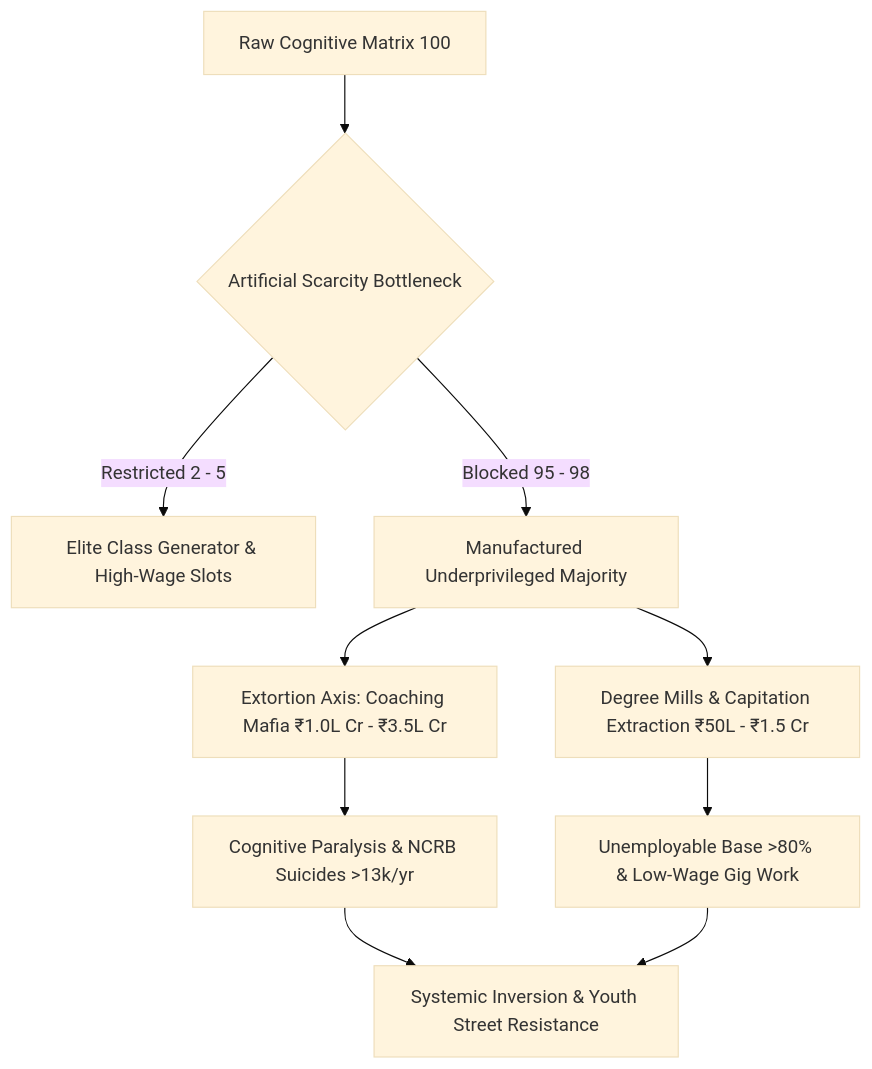
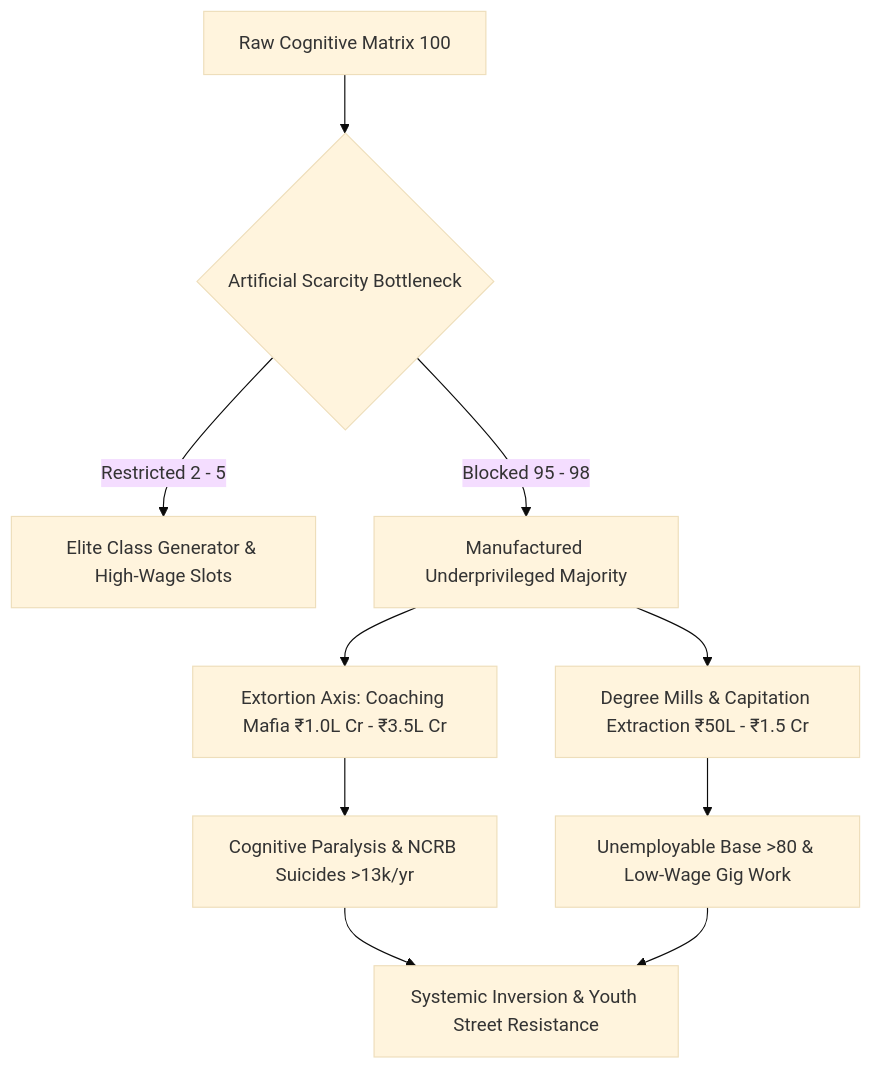
One commit to justicephysics/Nalanda changed the diagram in published/test_2.md. Above: the diagram before and after it, drawn with Mermaid (base theme).

````diff
--- a/published/test_2.md
+++ b/published/test_2.md
@@ -33,12 +33,12 @@
 ```mermaid
 graph TD
     A[Raw Cognitive Matrix 100] --> B{Artificial Scarcity Bottleneck}
     B -->|Restricted 2 - 5| C[Elite Class Generator & High-Wage Slots]
     B -->|Blocked 95 - 98| D[Manufactured Underprivileged Majority]
     D --> E[Extortion Axis: Coaching Mafia ₹1.0L Cr - ₹3.5L Cr]
     D --> F[Degree Mills & Capitation Extraction ₹50L - ₹1.5 Cr]
     E --> G[Cognitive Paralysis & NCRB Suicides >13k/yr]
-    F --> H[Unemployable Base >80% & Low-Wage Gig Work]
+    F --> H[Unemployable Base >80 & Low-Wage Gig Work]
     G --> I[Systemic Inversion & Youth Street Resistance]
     H --> I
 ```
````
